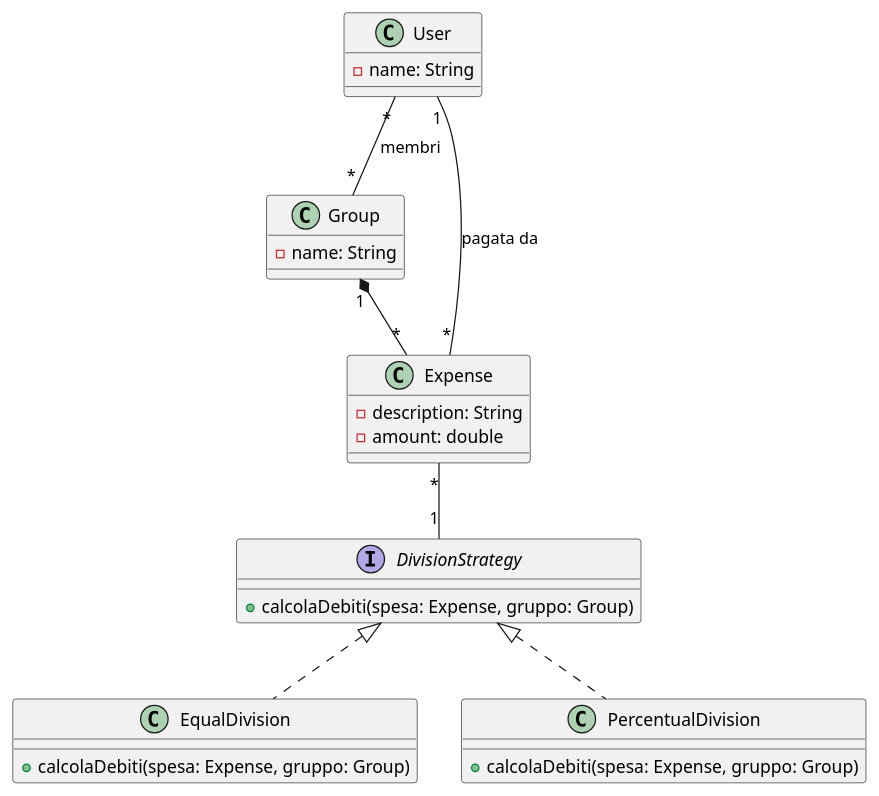
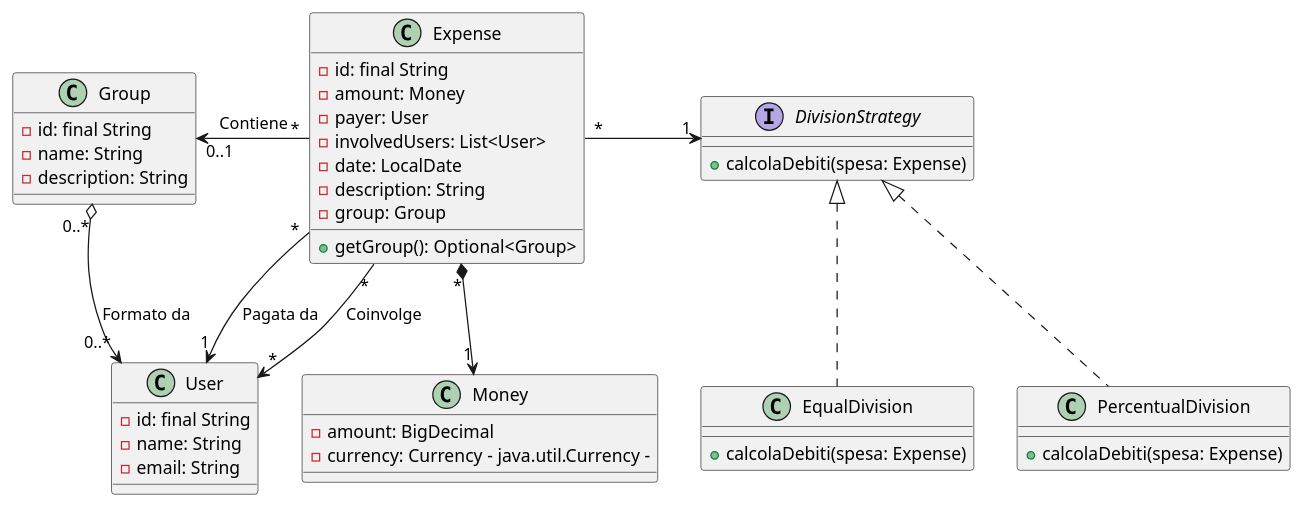
The diagram in docs/class diagrams/class_diagram_domain_mvp.puml (Mangialavori-Niccolo/SplitWise), drawn with PlantUML before and after one commit. The commit also changed 20 other files, not shown here.

```diff
--- a/docs/class diagrams/class_diagram_domain_mvp.puml
+++ b/docs/class diagrams/class_diagram_domain_mvp.puml
@@ -1,52 +1,71 @@
 @startuml
 'https://plantuml.com/class-diagram
 
 '--- Entità Principali ---
 class User {
+  - id: final String
   - name: String
+  - email: String
 }
 
 class Group {
+  - id: final String
   - name: String
+  - description: String
 }
 
 class Expense {
+  - id: final String
+  - amount: Money
+  - payer: User
+  - involvedUsers: List<User>
+  - date: LocalDate
   - description: String
-  - amount: double
+  - group: Group
+
+  'Funzioni
+  + getGroup(): Optional<Group>
+}
+
+class Money{
+  - amount: BigDecimal
+  - currency: Currency - java.util.Currency -
 }
 
 '--- Classi Strategy ---
 interface DivisionStrategy {
-  + calcolaDebiti(spesa: Expense, gruppo: Group)
+  + calcolaDebiti(spesa: Expense)
 }
 
 class EqualDivision {
-  + calcolaDebiti(spesa: Expense, gruppo: Group)
+  + calcolaDebiti(spesa: Expense)
 }
 
 class PercentualDivision {
-  + calcolaDebiti(spesa: Expense, gruppo: Group)
+  + calcolaDebiti(spesa: Expense)
 }
 
 
 '--- Relazioni Logiche ---
-' Un Utente può essere in molti Gruppi, e viceversa
-User "*" -- "*" Group : "membri"
+' Un gruppo è formato da Utenti, gli utenti possono
+' non appartenere ad un gruppo
+Group "0..*" o--> "0..*" User: "Formato da"
 
-' Un Gruppo "possiede" (Composizione) molte Spese
-' Se il Gruppo muore, le Spese muoiono con lui.
-Group "1" *-- "*" Expense
+' Ogni spesa può essere legata a massimo 1 gruppo
+Group "0..1" <-right- "*" Expense: "Contiene"
 
 ' Una Spesa è pagata da un solo Utente
-' (ma un Utente può pagare molte Spese)
-User "1" -- "*" Expense : "pagata da"
+User "1" <-- "*" Expense : "Pagata da"
 
 ' Una Spesa "usa" una sola Strategia di Divisione
-' (ma una Strategia può essere usata da molte Spese)
-Expense "*" -- "1" DivisionStrategy
+' un solo Money
+' e coinvolge più utenti
+DivisionStrategy "1" <-left- "*" Expense
+Expense "*" *--> "1" Money
+Expense "*" --> "*" User: "Coinvolge"
 
 '--- Implementazione Strategy ---
 EqualDivision .up.|> DivisionStrategy
 PercentualDivision .up.|> DivisionStrategy
 
 @enduml
```
